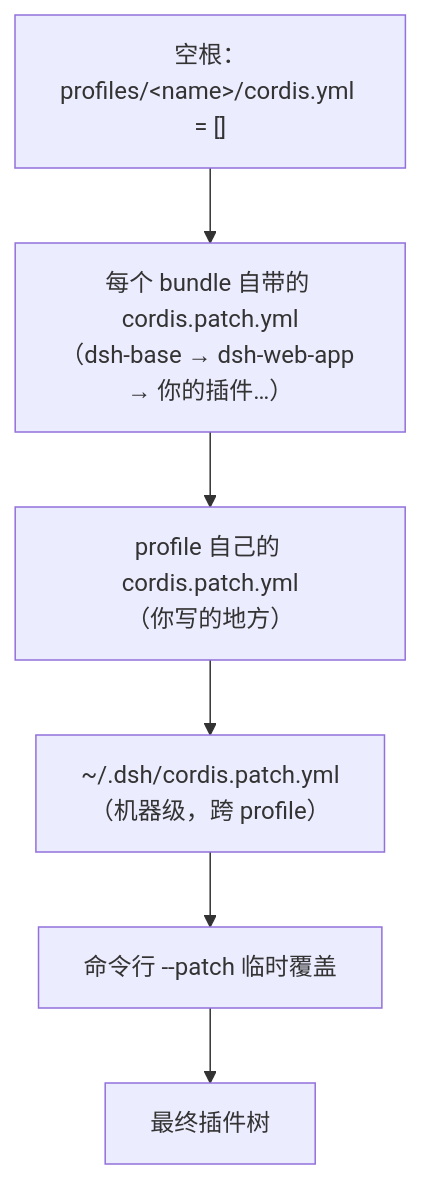
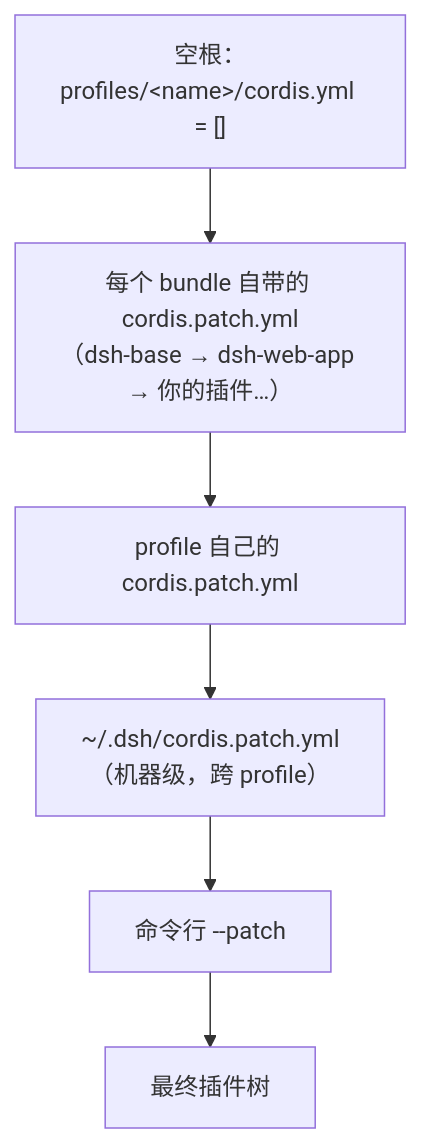
The diagram in dsh 插件开发学习/03-改掉DSH的默认装配.md (anthonyzhao-4926/blog), drawn with Mermaid before and after one commit. The commit also changed other lines of this file and 7 other files, not shown here.

````diff
--- a/dsh 插件开发学习/03-改掉DSH的默认装配.md
+++ b/dsh 插件开发学习/03-改掉DSH的默认装配.md
@@ -41,8 +35,8 @@
 ```mermaid
 flowchart TD
     A["空根：<br/>profiles/&lt;name&gt;/cordis.yml = []"] --> B["每个 bundle 自带的 cordis.patch.yml<br/>（dsh-base → dsh-web-app → 你的插件…）"]
-    B --> C["profile 自己的 cordis.patch.yml<br/>（你写的地方）"]
+    B --> C["profile 自己的 cordis.patch.yml"]
     C --> D["~/.dsh/cordis.patch.yml<br/>（机器级，跨 profile）"]
-    D --> E["命令行 --patch 临时覆盖"]
+    D --> E["命令行 --patch"]
     E --> F["最终插件树"]
 ```
````
